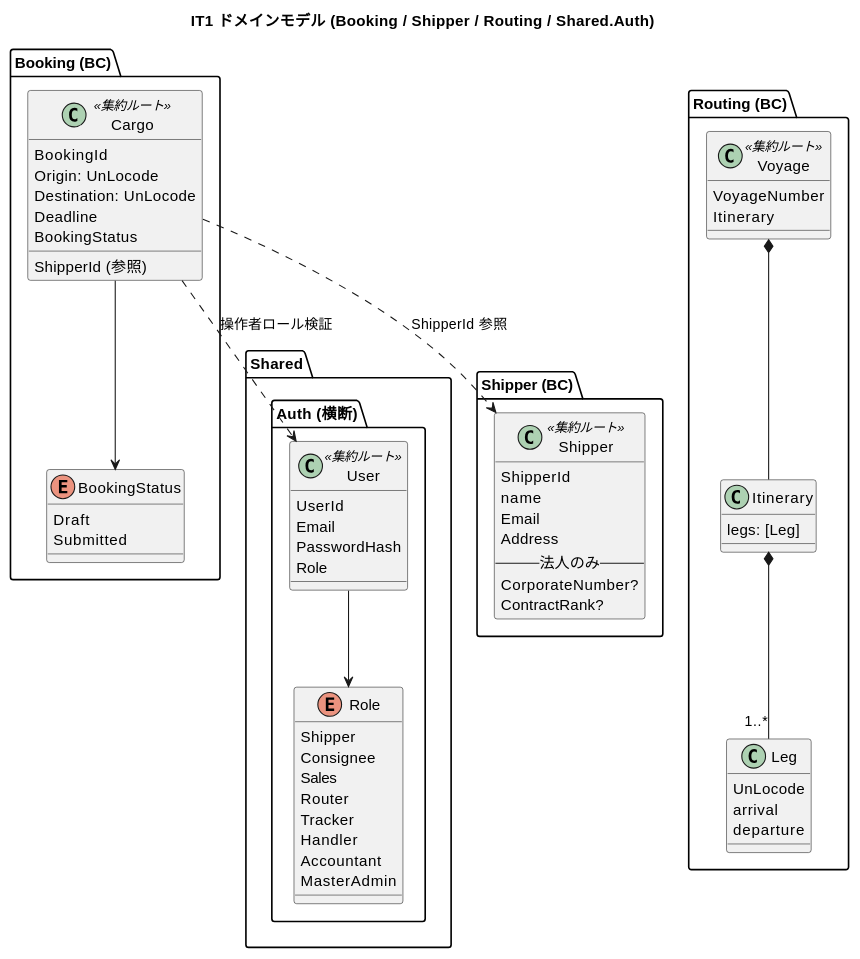
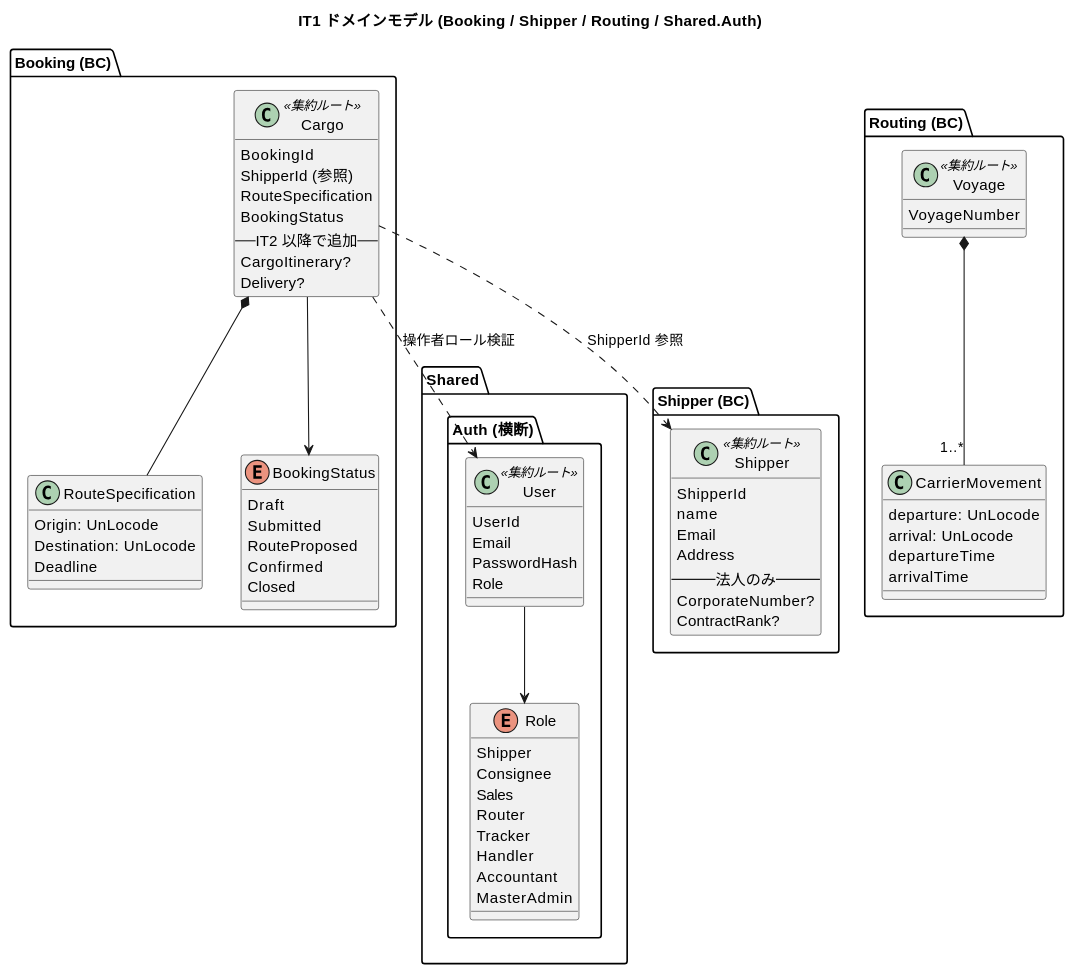
The third of 4 diagrams in docs/development/iteration_plan-1.md (k2works/case-study-cargo-tracker), drawn with PlantUML before and after one commit. The commit also changed other lines of this file, not shown here.

````diff
--- a/docs/development/iteration_plan-1.md
+++ b/docs/development/iteration_plan-1.md
@@ -231,74 +231,80 @@
 ```plantuml
 @startuml
 title IT1 ドメインモデル (Booking / Shipper / Routing / Shared.Auth)
 
 package "Shared.Auth (横断)" {
   class User <<集約ルート>> {
     UserId
     Email
     PasswordHash
     Role
   }
   enum Role {
     Shipper
     Consignee
     Sales
     Router
     Tracker
     Handler
     Accountant
     MasterAdmin
   }
   User --> Role
 }
 
 package "Shipper (BC)" {
   class Shipper <<集約ルート>> {
     ShipperId
     name
     Email
     Address
     -- 法人のみ --
     CorporateNumber?
     ContractRank?
   }
 }
 
 package "Booking (BC)" {
   class Cargo <<集約ルート>> {
     BookingId
     ShipperId (参照)
+    RouteSpecification
+    BookingStatus
+    -- IT2 以降で追加 --
+    CargoItinerary?
+    Delivery?
+  }
+  class RouteSpecification {
     Origin: UnLocode
     Destination: UnLocode
     Deadline
-    BookingStatus
   }
   enum BookingStatus {
     Draft
     Submitted
+    RouteProposed
+    Confirmed
+    Closed
   }
+  Cargo *-- RouteSpecification
   Cargo --> BookingStatus
 }
 
 package "Routing (BC)" {
   class Voyage <<集約ルート>> {
     VoyageNumber
-    Itinerary
   }
-  class Itinerary {
-    legs: [Leg]
+  class CarrierMovement {
+    departure: UnLocode
+    arrival: UnLocode
+    departureTime
+    arrivalTime
   }
-  class Leg {
-    UnLocode
-    arrival
-    departure
-  }
-  Voyage *-- Itinerary
-  Itinerary *-- "1..*" Leg
+  Voyage *-- "1..*" CarrierMovement
 }
 
 Cargo ..> Shipper : ShipperId 参照
 Cargo ..> User : 操作者ロール検証
 
 @enduml
 ```
````
